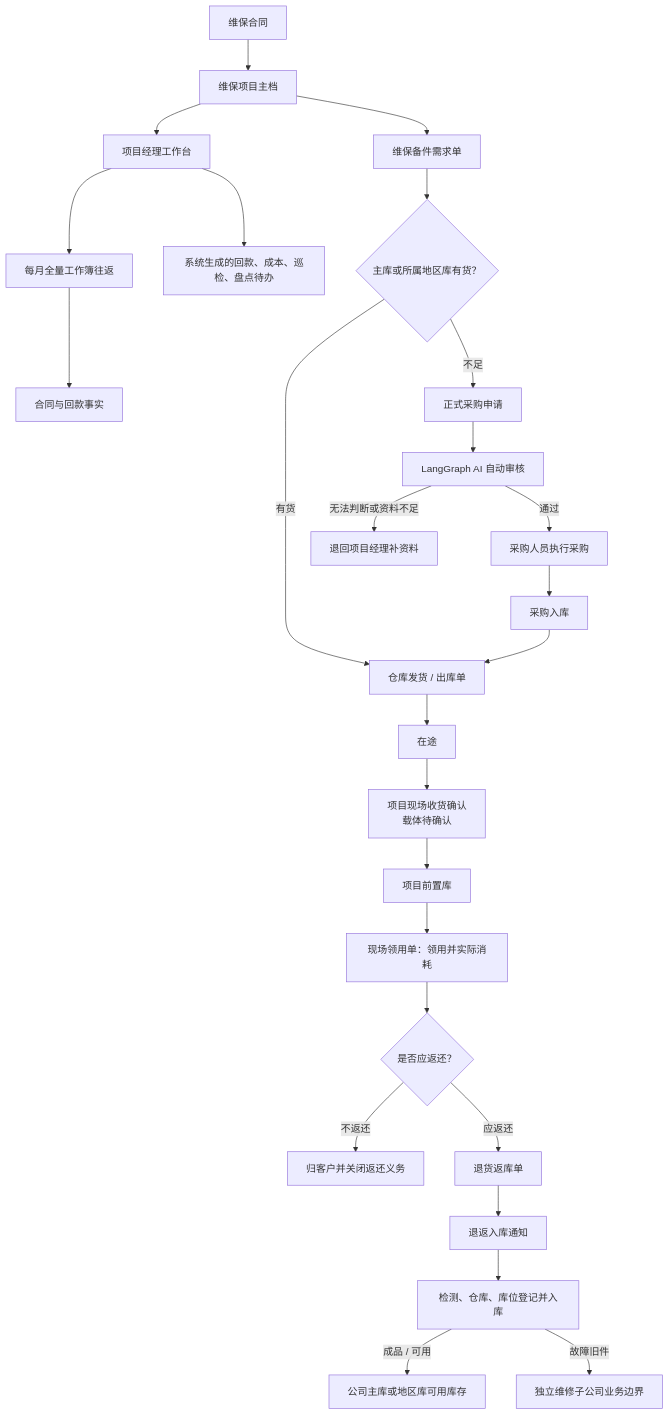
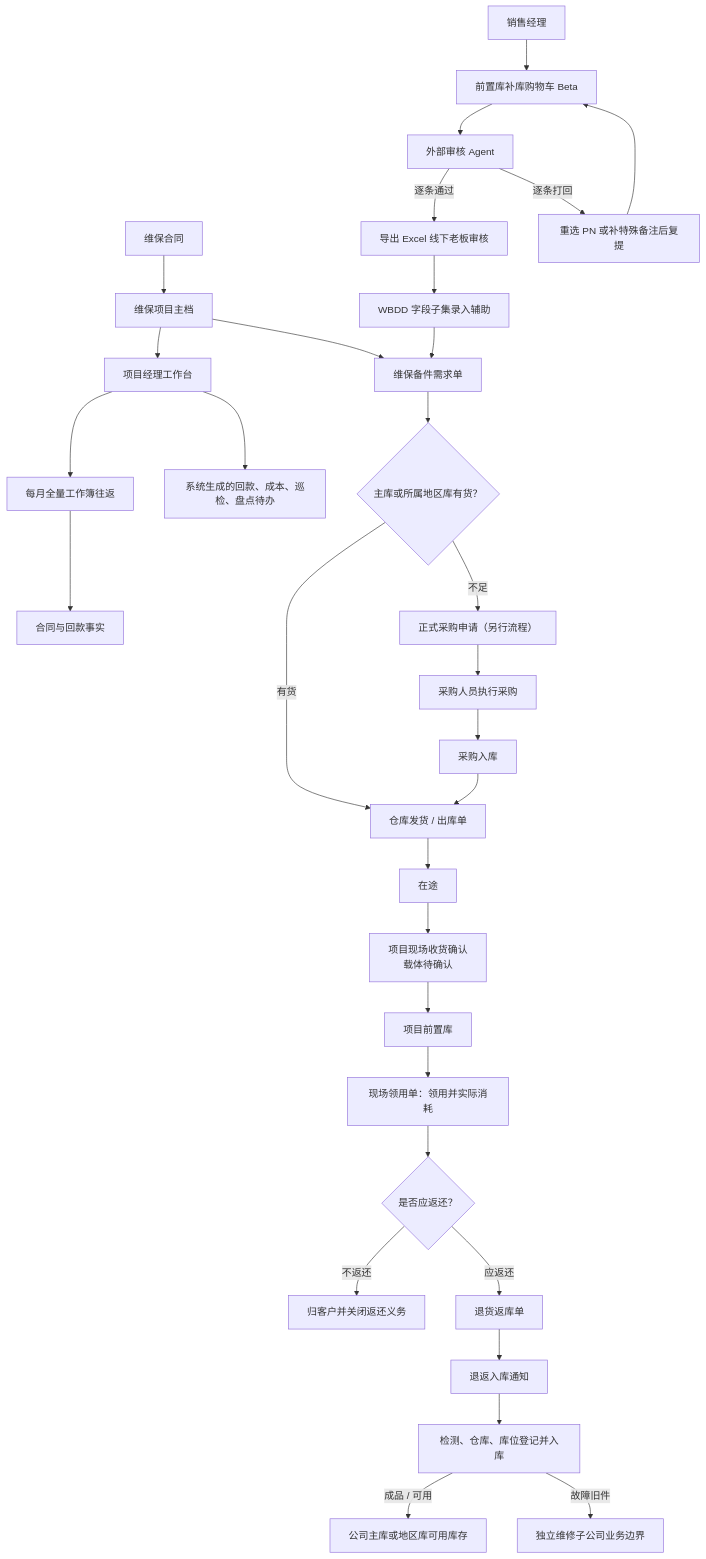
One commit to Jinchen-Yang/it-spareparts changed the first of 2 diagrams in docs/maintenance/business-handbook.md. Above: the diagram before and after it, drawn with Mermaid. The commit also changed other lines of this file and 3 other files, not shown here.

````diff
--- a/docs/maintenance/business-handbook.md
+++ b/docs/maintenance/business-handbook.md
@@ -30,28 +30,33 @@
 ```mermaid
 flowchart TD
     CONTRACT["维保合同"] --> PROJECT["维保项目主档"]
     PROJECT --> PM["项目经理工作台"]
     PM --> BOOK["每月全量工作簿往返"]
     BOOK --> COLLECTION["合同与回款事实"]
     PM --> TODO["系统生成的回款、成本、巡检、盘点待办"]
+    SALES["销售经理"] --> CART["前置库补库购物车 Beta"]
+    CART --> AGENT["外部审核 Agent"]
+    AGENT -->|逐条通过| OFFLINE["导出 Excel 线下老板审核"]
+    AGENT -->|逐条打回| REVISE["重选 PN 或补特殊备注后复提"]
+    REVISE --> CART
+    OFFLINE --> HELP["WBDD 字段子集录入辅助"]
+    HELP --> DEMAND
     PROJECT --> DEMAND["维保备件需求单"]
     DEMAND --> CHECK{"主库或所属地区库有货？"}
     CHECK -->|有货| OUT["仓库发货 / 出库单"]
-    CHECK -->|不足| APPLY["正式采购申请"]
-    APPLY --> AI["LangGraph AI 自动审核"]
-    AI -->|通过| PO["采购人员执行采购"]
-    AI -->|无法判断或资料不足| BACK["退回项目经理补资料"]
+    CHECK -->|不足| APPLY["正式采购申请（另行流程）"]
+    APPLY --> PO["采购人员执行采购"]
     PO --> PIN["采购入库"]
     PIN --> OUT
     OUT --> TRANSIT["在途"]
     TRANSIT --> RECEIVE["项目现场收货确认\n载体待确认"]
     RECEIVE --> FRONT["项目前置库"]
     FRONT --> USE["现场领用单：领用并实际消耗"]
     USE --> DUTY{"是否应返还？"}
     DUTY -->|不返还| CUSTOMER["归客户并关闭返还义务"]
     DUTY -->|应返还| RETURN["退货返库单"]
     RETURN --> NOTICE["退返入库通知"]
     NOTICE --> RIN["检测、仓库、库位登记并入库"]
     RIN -->|成品 / 可用| AVAILABLE["公司主库或地区库可用库存"]
     RIN -->|故障旧件| REPAIR["独立维修子公司业务边界"]
 ```
````
